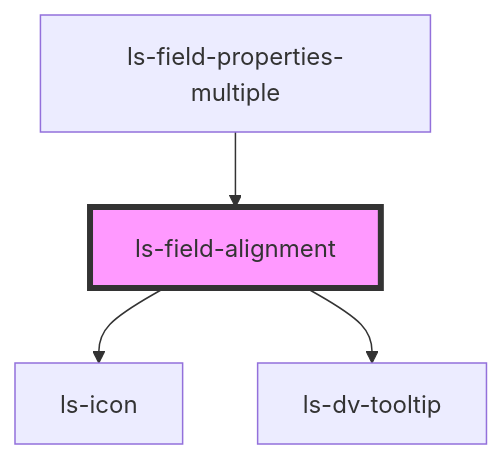
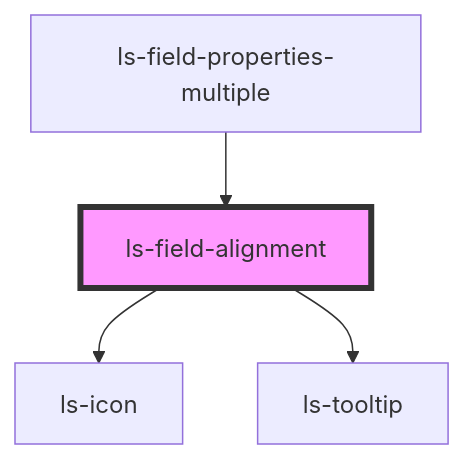
Before and after one commit to legalesign/ls-document-viewer: the diagram in src/components/ls-field-alignment/readme.md, drawn with Mermaid. The commit also changed other lines of this file and 52 other files, not shown here.

````diff
--- a/src/components/ls-field-alignment/readme.md
+++ b/src/components/ls-field-alignment/readme.md
@@ -35,7 +35,7 @@
 ```mermaid
 graph TD;
   ls-field-alignment --> ls-icon
-  ls-field-alignment --> ls-dv-tooltip
+  ls-field-alignment --> ls-tooltip
   ls-field-properties-multiple --> ls-field-alignment
   style ls-field-alignment fill:#f9f,stroke:#333,stroke-width:4px
 ```
````
